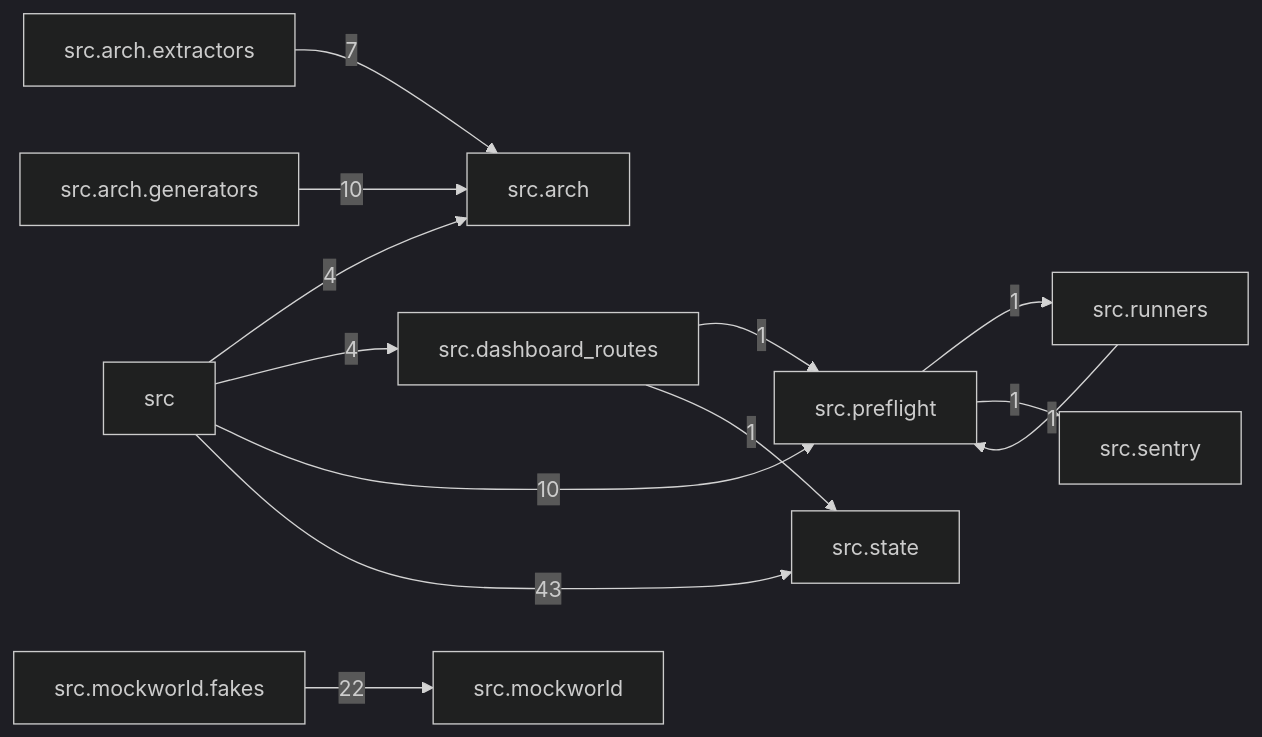
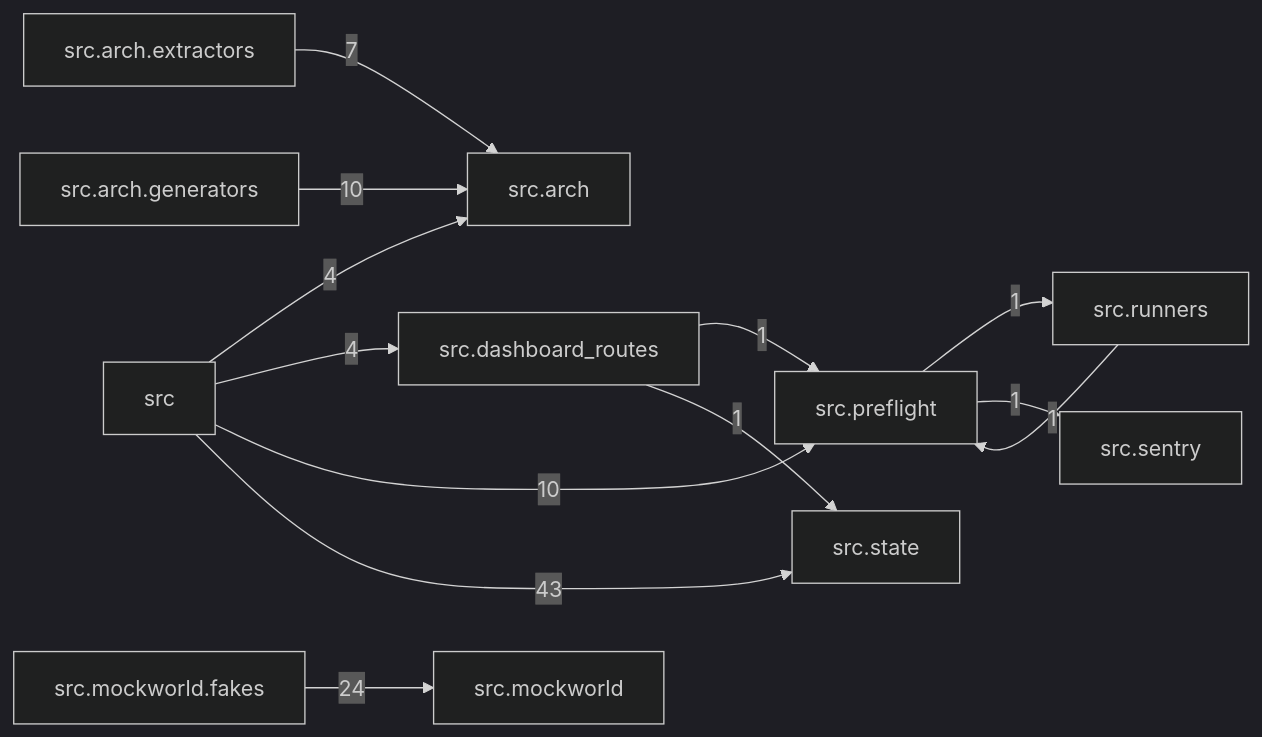
Before and after one commit to T-rav/hydraflow: the diagram in docs/arch/generated/modules.md, drawn with Mermaid (dark theme). The commit also changed other lines of this file and 28 other files, not shown here.

First line of the commit message:
fix(mockworld): break src->tests import + clean arch-doc generator (PR A pass-1 follow-ups)

````diff
--- a/docs/arch/generated/modules.md
+++ b/docs/arch/generated/modules.md
@@ -7,26 +7,26 @@
 ```mermaid
 graph LR
     src["src"]
     src_arch["src.arch"]
     src_arch_extractors["src.arch.extractors"]
     src_arch_generators["src.arch.generators"]
     src_dashboard_routes["src.dashboard_routes"]
     src_mockworld["src.mockworld"]
     src_mockworld_fakes["src.mockworld.fakes"]
     src_preflight["src.preflight"]
     src_runners["src.runners"]
     src_sentry["src.sentry"]
     src_state["src.state"]
     src -- "4" --> src_arch
     src -- "4" --> src_dashboard_routes
     src -- "10" --> src_preflight
     src -- "43" --> src_state
     src_arch_extractors -- "7" --> src_arch
     src_arch_generators -- "10" --> src_arch
     src_dashboard_routes -- "1" --> src_preflight
     src_dashboard_routes -- "1" --> src_state
-    src_mockworld_fakes -- "22" --> src_mockworld
+    src_mockworld_fakes -- "24" --> src_mockworld
     src_preflight -- "1" --> src_runners
     src_preflight -- "1" --> src_sentry
     src_runners -- "1" --> src_preflight
 ```
````
